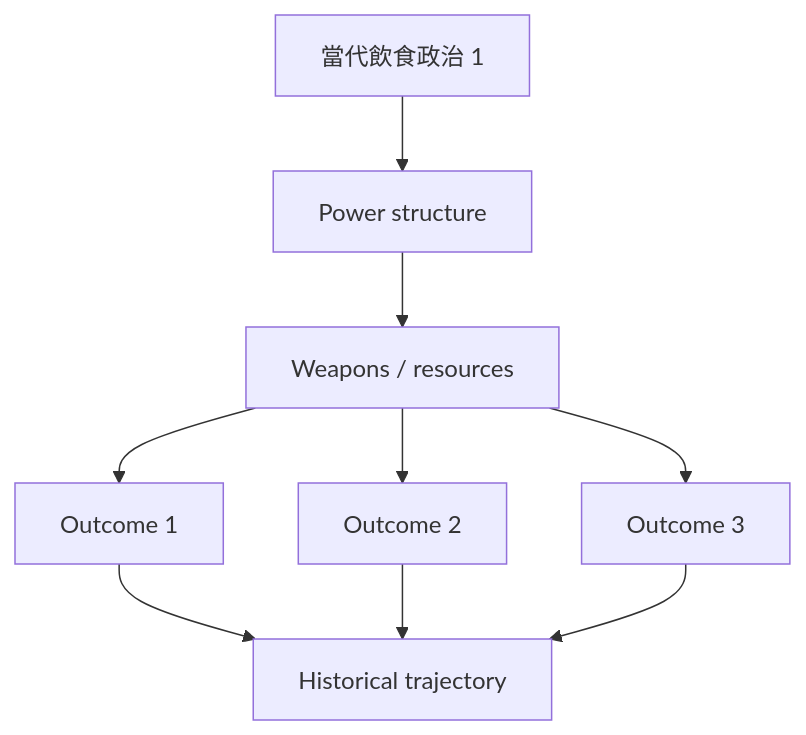
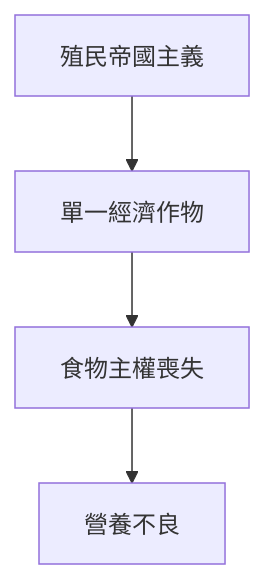
Before and after one commit to yip-lgtm/HKU-Harvard-History-Self-Study: the fifth of 7 diagrams in 01_HKU_Courses/HIST2077_Eating_history.md, drawn with Mermaid. The commit also changed other lines of this file and 48 other files, not shown here.

````diff
--- a/01_HKU_Courses/HIST2077_Eating_history.md
+++ b/01_HKU_Courses/HIST2077_Eating_history.md
@@ -263,11 +145,6 @@
 ```mermaid
-graph TD
-    A[當代飲食政治 1] --> B[Power structure]
-    B --> C[Weapons / resources]
-    C --> D[Outcome 1]
-    C --> E[Outcome 2]
-    C --> F[Outcome 3]
-    D --> G[Historical trajectory]
-    E --> G
-    F --> G
+flowchart TD
+    A[殖民帝國主義] --> B[單一經濟作物]
+    B --> C[食物主權喪失]
+    C --> D[營養不良]
 ```
````
